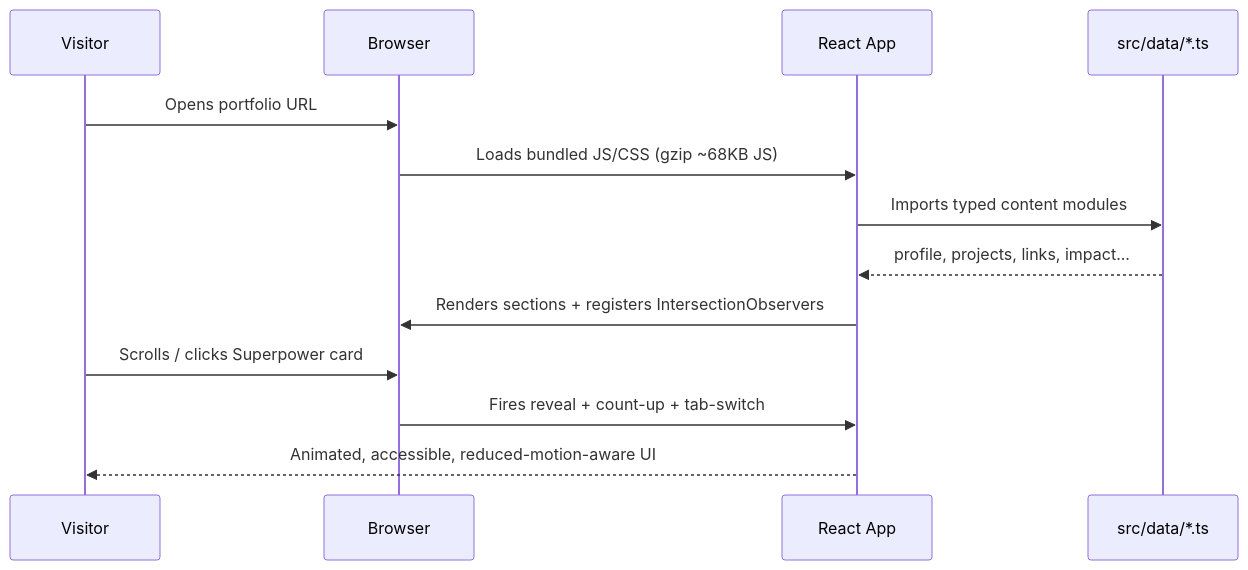
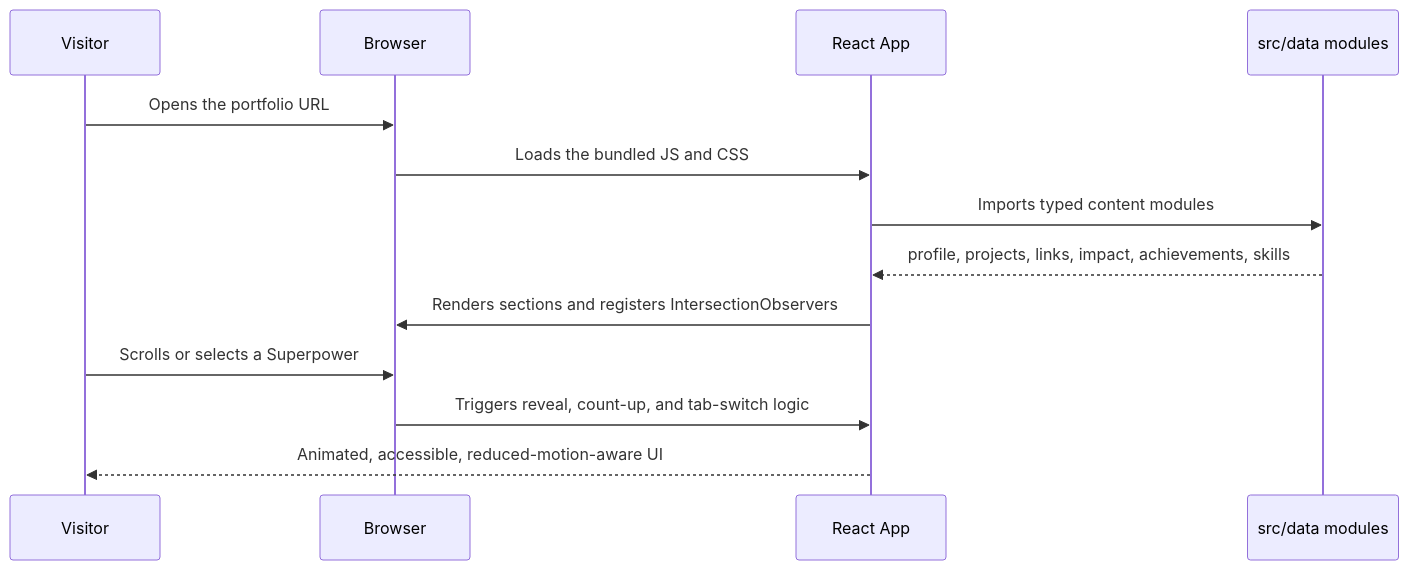
Before and after one commit to ks-exe/profile: the third of 3 diagrams in README.md, drawn with Mermaid. The commit also changed other lines of this file, not shown here.

````diff
--- a/README.md
+++ b/README.md
@@ -150,16 +94,16 @@
 ```mermaid
 sequenceDiagram
-    participant V as Visitor
-    participant B as Browser
-    participant R as React App
-    participant D as src/data/*.ts
+    participant Visitor
+    participant Browser
+    participant App as React App
+    participant Data as src/data modules
 
-    V->>B: Opens portfolio URL
-    B->>R: Loads bundled JS/CSS (gzip ~68KB JS)
-    R->>D: Imports typed content modules
-    D-->>R: profile, projects, links, impact...
-    R->>B: Renders sections + registers IntersectionObservers
-    V->>B: Scrolls / clicks Superpower card
-    B->>R: Fires reveal + count-up + tab-switch
-    R-->>V: Animated, accessible, reduced-motion-aware UI
+    Visitor->>Browser: Opens the portfolio URL
+    Browser->>App: Loads the bundled JS and CSS
+    App->>Data: Imports typed content modules
+    Data-->>App: profile, projects, links, impact, achievements, skills
+    App->>Browser: Renders sections and registers IntersectionObservers
+    Visitor->>Browser: Scrolls or selects a Superpower
+    Browser->>App: Triggers reveal, count-up, and tab-switch logic
+    App-->>Visitor: Animated, accessible, reduced-motion-aware UI
 ```
````
